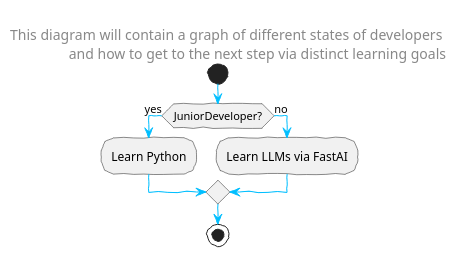
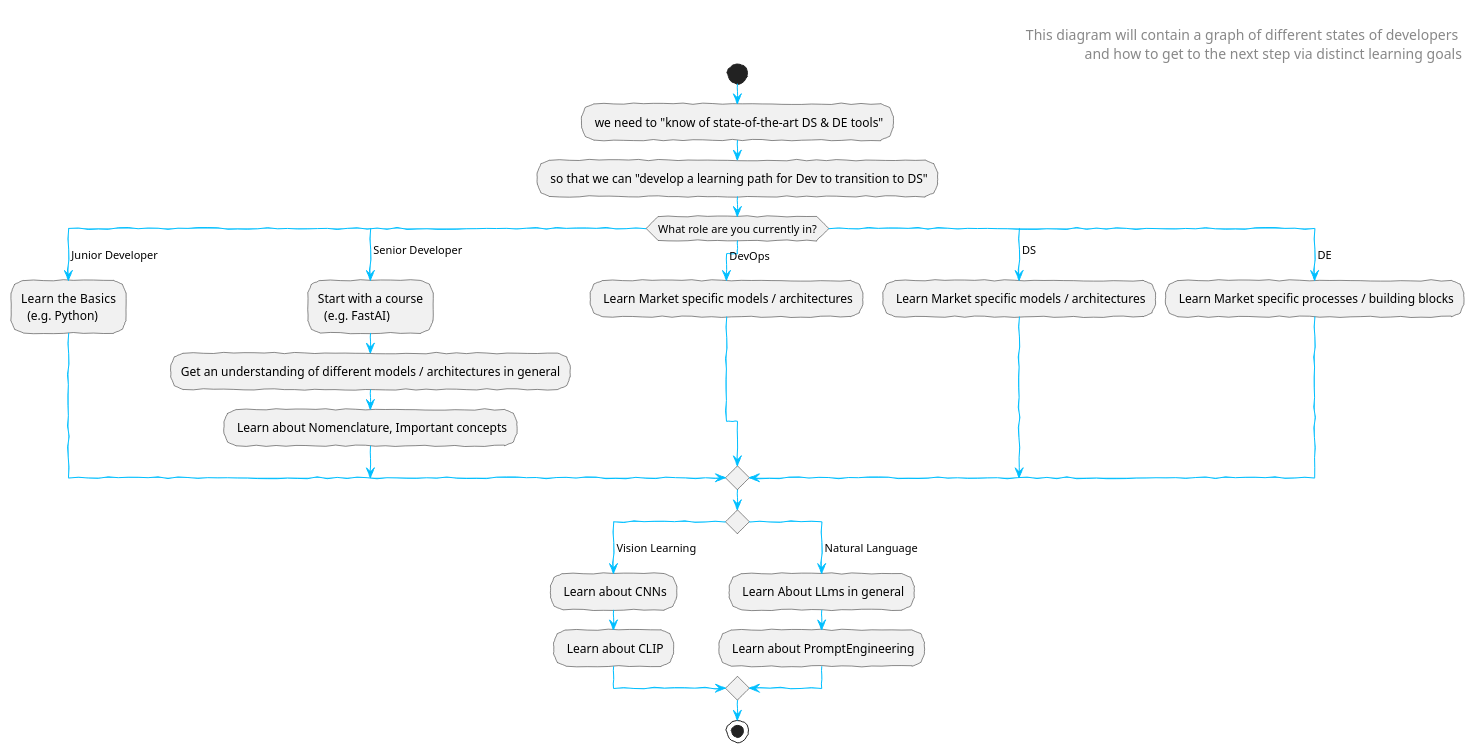
The diagram in src/content/docs/ai/Learning Goals/learning-path.puml (7frank/ai-ui-playground), drawn with PlantUML before and after one commit.

Commit message:
rough learning path outline

```diff
--- a/src/content/docs/ai/Learning Goals/learning-path.puml
+++ b/src/content/docs/ai/Learning Goals/learning-path.puml
@@ -1,39 +1,68 @@
 @startuml
 
 skinparam handwritten true
 
 skinparam sequence {
 ArrowColor DeepSkyBlue
 ActorBorderColor DeepSkyBlue
 LifeLineBorderColor blue
 LifeLineBackgroundColor #A9DCDF
 
 ParticipantBorderColor DodgerBlue
 ParticipantBackgroundColor DeepSkyBlue
 
 ParticipantFontColor #333
 
 ActorBackgroundColor aqua
 ActorFontColor DeepSkyBlue
 ActorFontSize 17
 ActorFontName Aapex
 }
 
 header
 
 <font  size=14>This diagram will contain a graph of different states of developers </font>
 <font  size=14>and how to get to the next step via distinct learning goals</font>
 endheader
 
 start
 
-if (JuniorDeveloper?) then (yes)
-  :Learn Python;
-else (no)
-  :Learn LLMs via FastAI;
-endif
+: we need to "know of state-of-the-art DS & DE tools";
+: so that we can "develop a learning path for Dev to transition to DS";
+
+switch (What role are you currently in?)
+case ( Junior Developer )
+  :Learn  the Basics 
+    (e.g. Python);
+case ( Senior Developer ) 
+  :Start with a course 
+    (e.g. FastAI);
+  :Get an understanding of different models / architectures in general;
+  : Learn about Nomenclature, Important concepts;
+case ( DevOps )
+  : Learn Market specific models / architectures;  
+case ( DS )
+  : Learn Market specific models / architectures;
+case ( DE )
+  : Learn Market specific processes / building blocks;
+endswitch
+
+switch ()
+case ( Vision Learning )
+  : Learn about CNNs;
+  : Learn about CLIP;
+case ( Natural Language ) 
+  : Learn About LLms in general;
+  : Learn about PromptEngineering;
+endswitch
+
+
+
+
+
+
 
 
 stop
 
 @enduml
```
